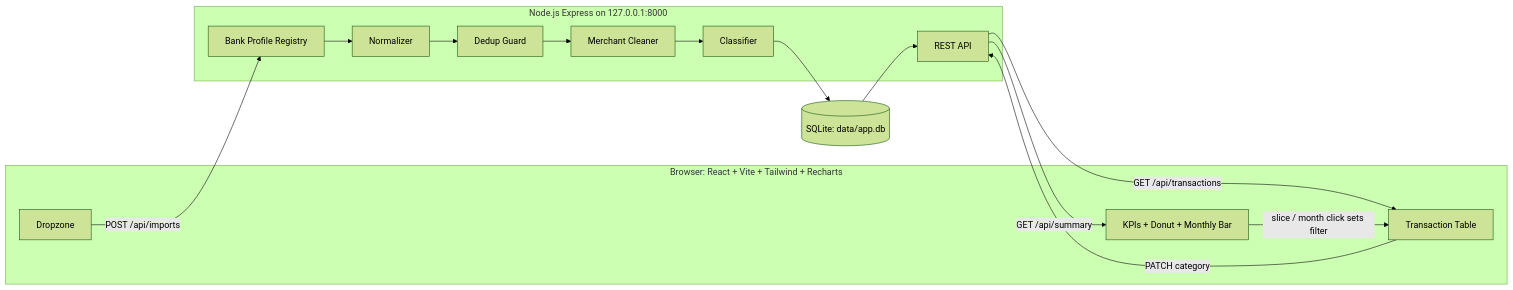
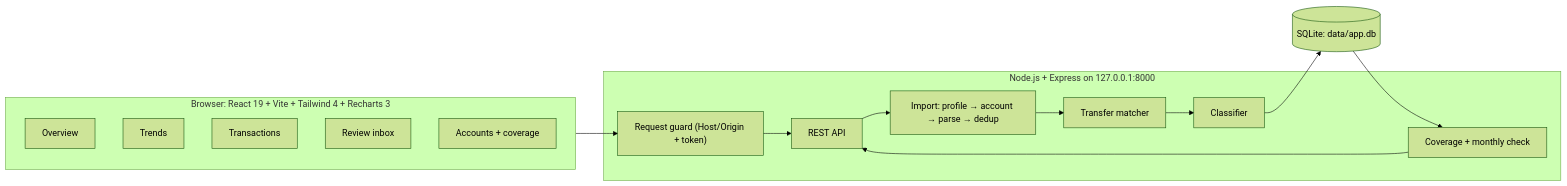
One commit to walletwhisper/walletwhisper.github.io changed the first of 5 diagrams in DESIGN.md. Above: the diagram before and after it, drawn with Mermaid (forest theme). The commit also changed other lines of this file and 26 other files, not shown here.

````diff
--- a/DESIGN.md
+++ b/DESIGN.md
@@ -42,26 +54,25 @@
 ```mermaid
 flowchart LR
-    subgraph Browser ["Browser: React + Vite + Tailwind + Recharts"]
-        Drop["Dropzone"]
-        Dash["KPIs + Donut + Monthly Bar"]
-        Table["Transaction Table"]
+    subgraph Browser ["Browser: React 19 + Vite + Tailwind 4 + Recharts 3"]
+        Overview["Overview"]
+        Trends["Trends"]
+        Table["Transactions"]
+        Review["Review inbox"]
+        Accounts["Accounts + coverage"]
     end
 
-    subgraph Server ["Node.js Express on 127.0.0.1:8000"]
-        Registry["Bank Profile Registry"]
-        Normalize["Normalizer"]
-        Dedup["Dedup Guard"]
-        Clean["Merchant Cleaner"]
+    subgraph Server ["Node.js + Express on 127.0.0.1:8000"]
+        Guard["Request guard (Host/Origin + token)"]
+        Import["Import: profile → account → parse → dedup"]
+        Match["Transfer matcher"]
         Classify["Classifier"]
+        Checks["Coverage + monthly check"]
         API["REST API"]
     end
 
     DB[("SQLite: data/app.db")]
 
-    Drop -- "POST /api/imports" --> Registry --> Normalize --> Dedup --> Clean --> Classify --> DB
-    DB --> API
-    API -- "GET /api/summary" --> Dash
-    API -- "GET /api/transactions" --> Table
-    Dash -- "slice / month click sets filter" --> Table
-    Table -- "PATCH category" --> API
+    Browser --> Guard --> API
+    API --> Import --> Match --> Classify --> DB
+    DB --> Checks --> API
 ```
````
